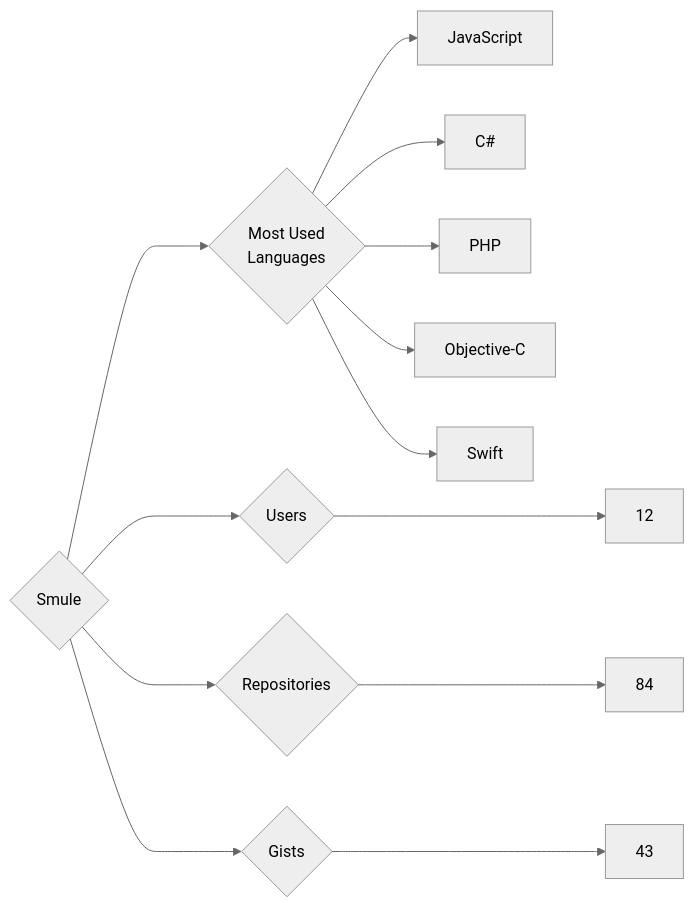
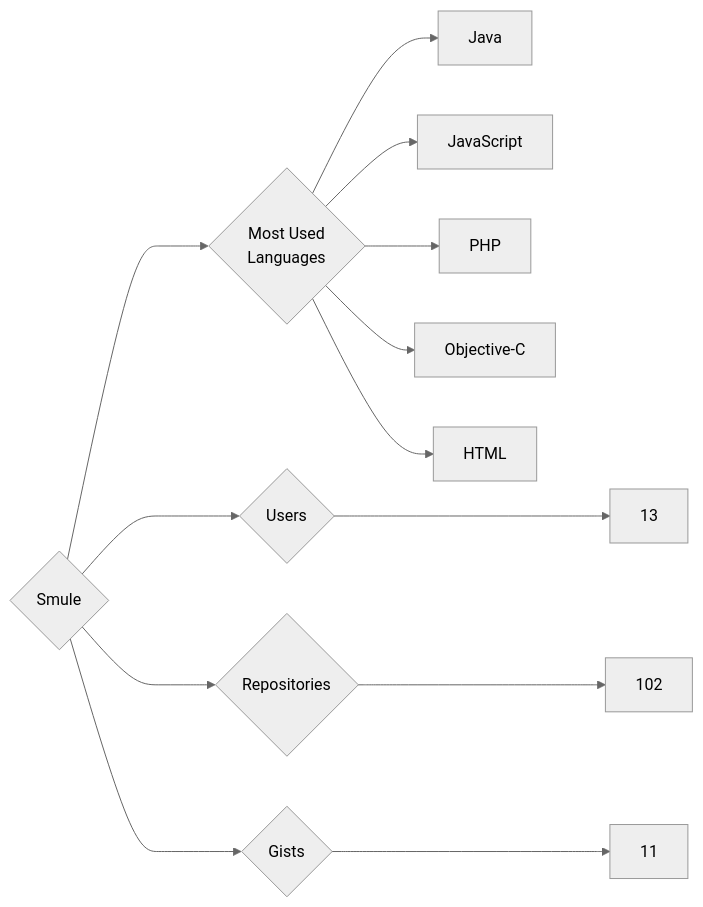
Before and after one commit to trickest/insiders: the diagram in targets/Smule/README.md, drawn with Mermaid (neutral theme). The commit also changed 765 other files, not shown here.

````diff
--- a/targets/Smule/README.md
+++ b/targets/Smule/README.md
@@ -3,13 +3,13 @@
 ```mermaid
 graph LR
 COMPANY_NAME{Smule}
-COMPANY_NAME ---> U{Users} ---> UN[12]
-COMPANY_NAME ---> R{Repositories} ---> RN[84]
-COMPANY_NAME ---> G{Gists} ---> GN[43]
+COMPANY_NAME ---> U{Users} ---> UN[13]
+COMPANY_NAME ---> R{Repositories} ---> RN[102]
+COMPANY_NAME ---> G{Gists} ---> GN[11]
 COMPANY_NAME ---> ML{Most Used<br>Languages}
+ML --> Java[Java]
 ML --> JavaScript[JavaScript]
-ML --> C#[C#]
 ML --> PHP[PHP]
 ML --> Objective-C[Objective-C]
-ML --> Swift[Swift]
+ML --> HTML[HTML]
 ```
````
